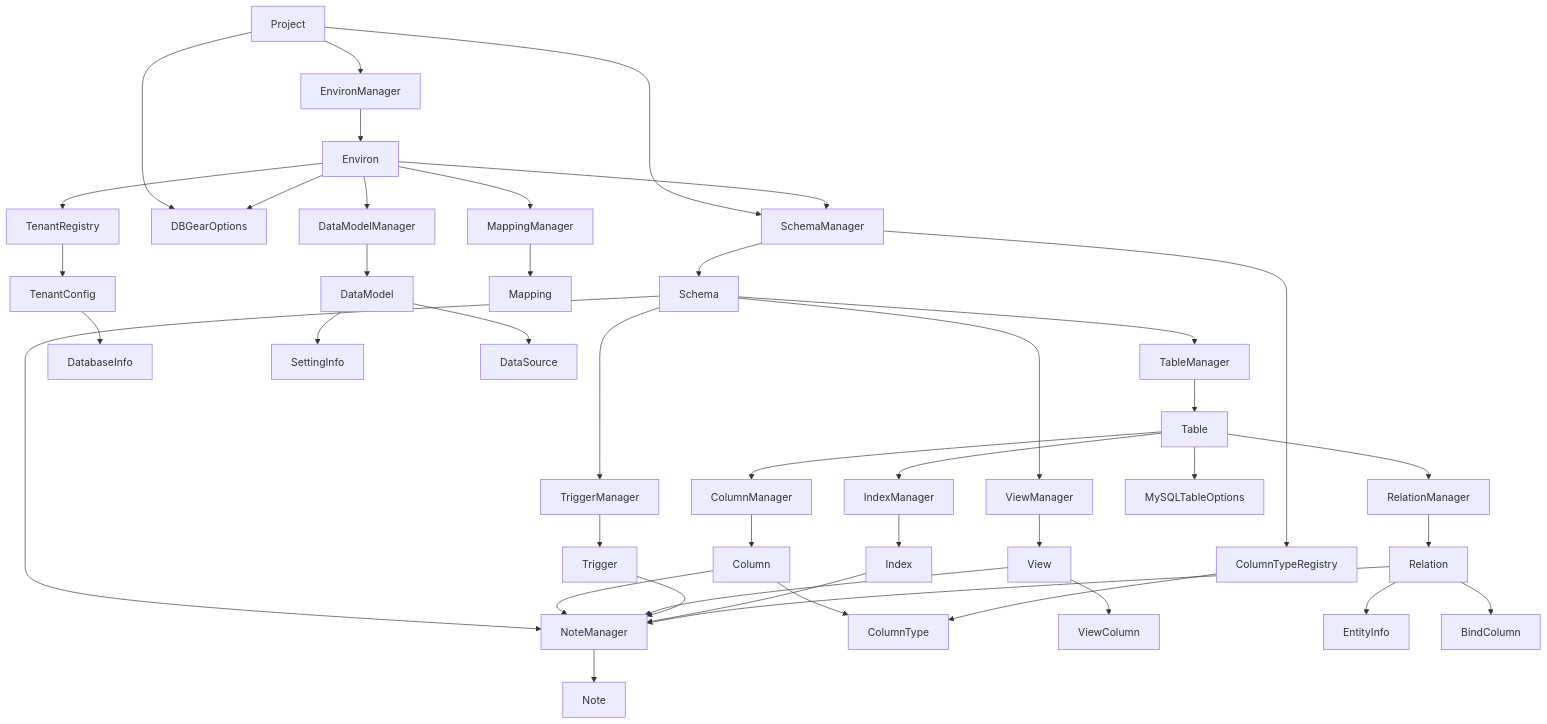
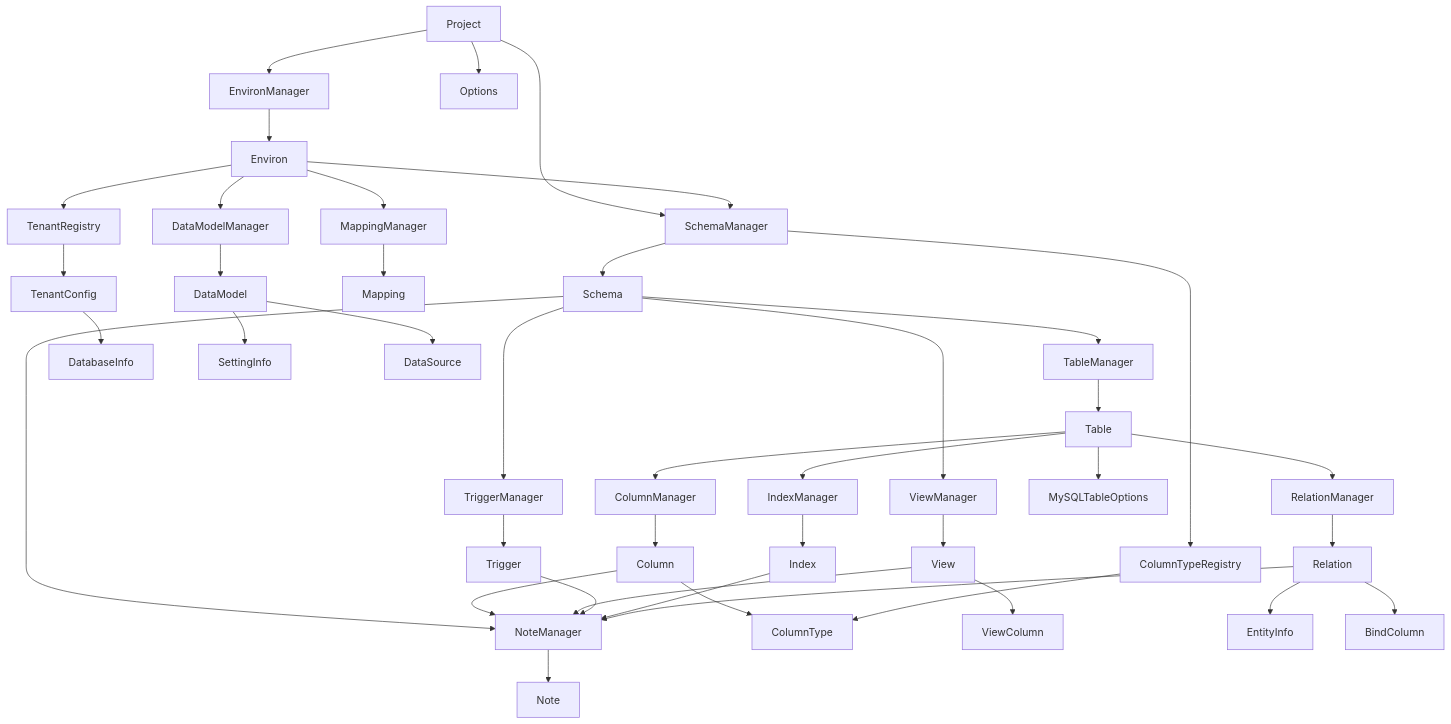
Before and after one commit to tamuto/dbgear: the diagram in docs/spec_model.md, drawn with Mermaid. The commit also changed 22 other files, not shown here.

````diff
--- a/docs/spec_model.md
+++ b/docs/spec_model.md
@@ -17,72 +17,71 @@
 ```mermaid
 graph TD
     %% プロジェクトレベル
     Project --> SchemaManager
     Project --> EnvironManager
-    Project --> DBGearOptions
+    Project --> Options
     
     %% スキーマレベル
     SchemaManager --> Schema
     Schema --> TableManager
     Schema --> ViewManager
     Schema --> TriggerManager
     Schema --> NoteManager
     SchemaManager --> ColumnTypeRegistry
     
     %% テーブルレベル
     TableManager --> Table
     Table --> ColumnManager
     Table --> IndexManager
     Table --> RelationManager
     Table --> MySQLTableOptions
     
     %% カラムレベル
     ColumnManager --> Column
     Column --> ColumnType
     Column --> NoteManager
     
     %% ビューレベル
     ViewManager --> View
     View --> ViewColumn
     View --> NoteManager
     
     %% トリガーレベル
     TriggerManager --> Trigger
     Trigger --> NoteManager
     
     %% インデックスレベル
     IndexManager --> Index
     Index --> NoteManager
     
     %% リレーションレベル
     RelationManager --> Relation
     Relation --> EntityInfo
     Relation --> BindColumn
     Relation --> NoteManager
     
     %% 環境レベル
     EnvironManager --> Environ
     Environ --> SchemaManager
     Environ --> TenantRegistry
     Environ --> MappingManager
-    Environ --> DBGearOptions
     
     %% テナントレベル
     TenantRegistry --> TenantConfig
     TenantConfig --> DatabaseInfo
     
     %% マッピングレベル
     MappingManager --> Mapping
     
     %% データモデルレベル
     Environ --> DataModelManager
     DataModelManager --> DataModel
     DataModel --> SettingInfo
     DataModel --> DataSource
     
     %% タイプレジストリ
     ColumnTypeRegistry --> ColumnType
     
     %% ノートシステム
     NoteManager --> Note
 ```
````
